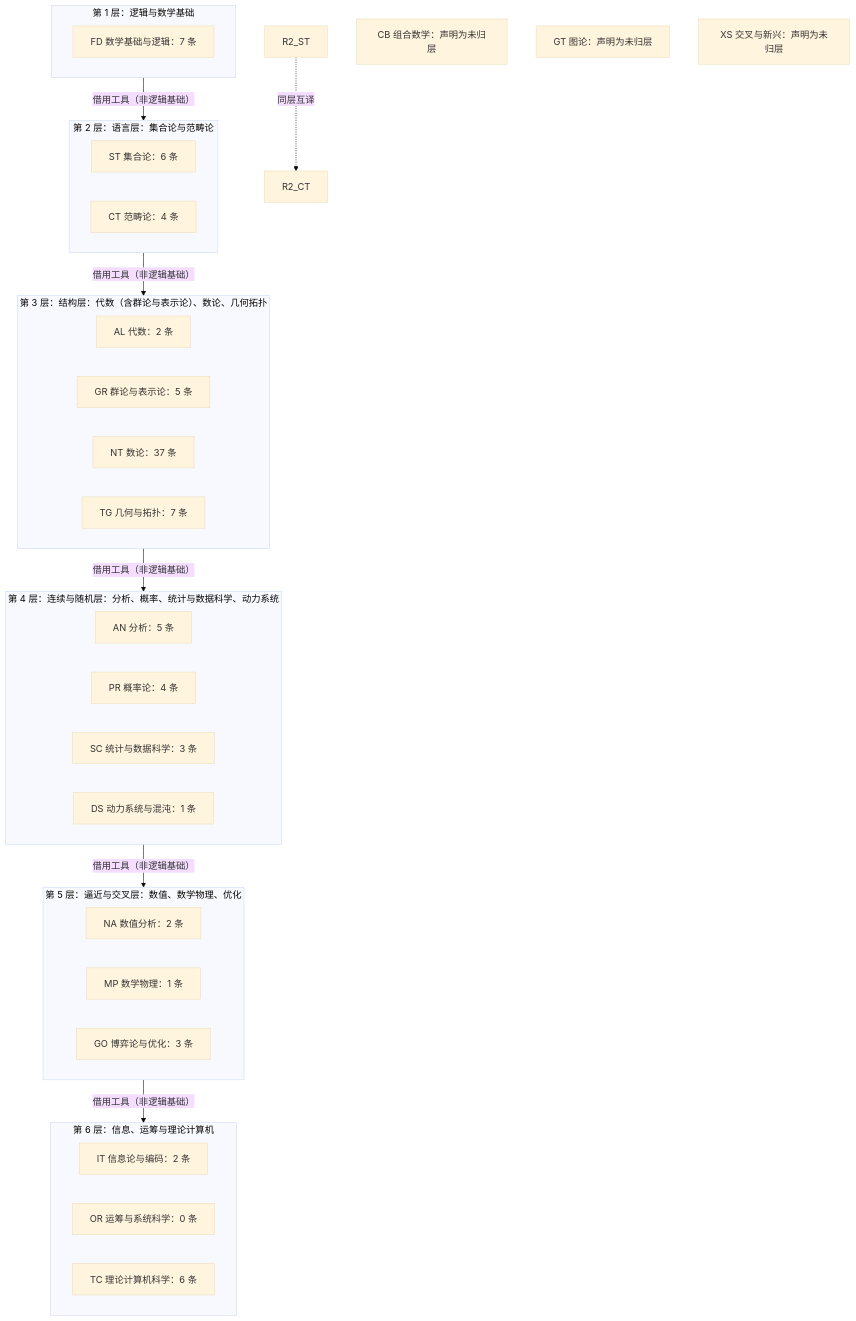
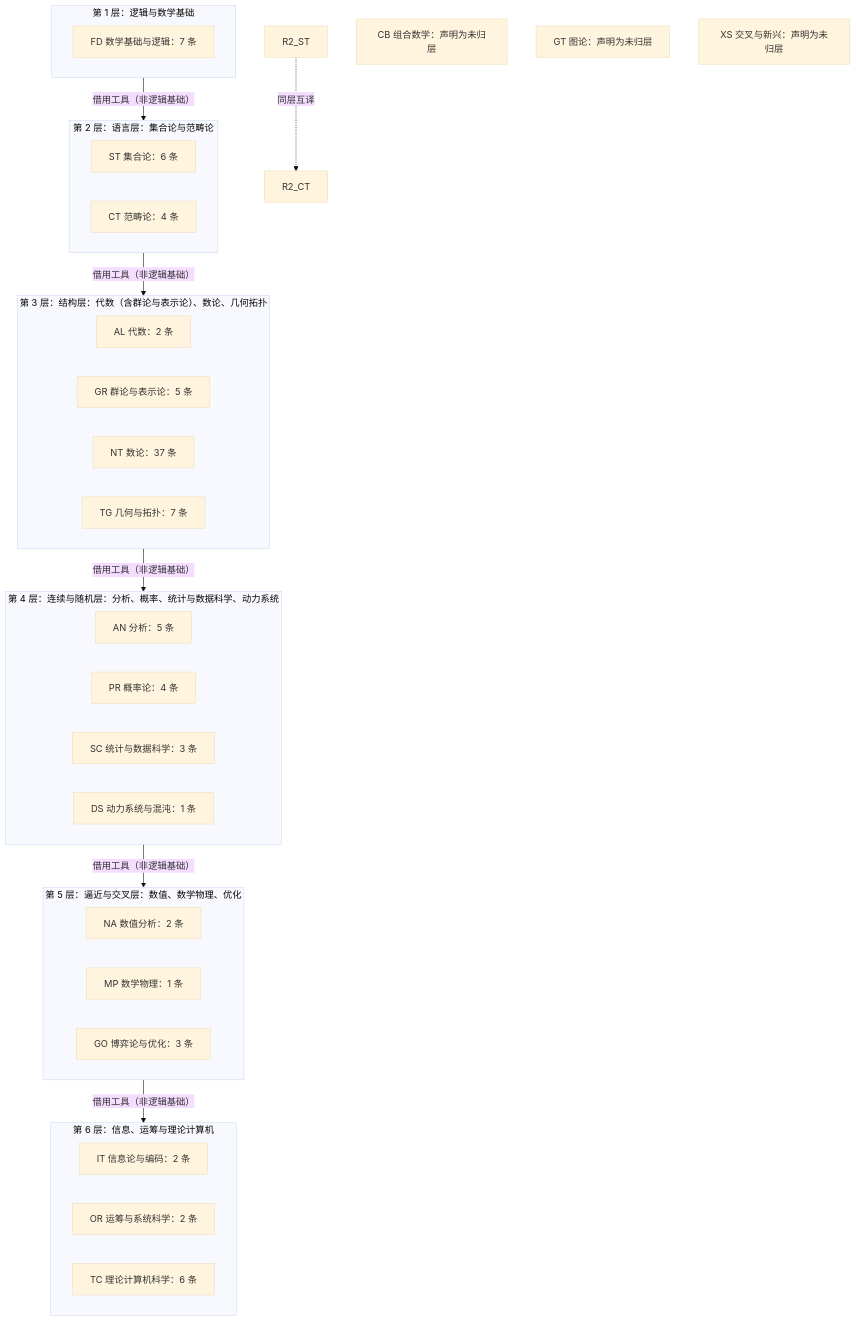
One commit to aikjx/openmath changed the second of 5 diagrams in 10-文献与索引/四层总览.md. Above: the diagram before and after it, drawn with Mermaid (base theme). The commit also changed other lines of this file and 60 other files, not shown here.

````diff
--- a/10-文献与索引/四层总览.md
+++ b/10-文献与索引/四层总览.md
@@ -176,41 +179,41 @@
 ```mermaid
 flowchart TB
   subgraph R1[第 1 层：逻辑与数学基础]
     T1_FD["FD 数学基础与逻辑：7 条"]
   end
   subgraph R2[第 2 层：语言层：集合论与范畴论]
     T2_ST["ST 集合论：6 条"]
     T2_CT["CT 范畴论：4 条"]
   end
   R1 -->|"借用工具（非逻辑基础）"| R2
   subgraph R3[第 3 层：结构层：代数（含群论与表示论）、数论、几何拓扑]
     T3_AL["AL 代数：2 条"]
     T3_GR["GR 群论与表示论：5 条"]
     T3_NT["NT 数论：37 条"]
     T3_TG["TG 几何与拓扑：7 条"]
   end
   R2 -->|"借用工具（非逻辑基础）"| R3
   subgraph R4[第 4 层：连续与随机层：分析、概率、统计与数据科学、动力系统]
     T4_AN["AN 分析：5 条"]
     T4_PR["PR 概率论：4 条"]
     T4_SC["SC 统计与数据科学：3 条"]
     T4_DS["DS 动力系统与混沌：1 条"]
   end
   R3 -->|"借用工具（非逻辑基础）"| R4
   subgraph R5[第 5 层：逼近与交叉层：数值、数学物理、优化]
     T5_NA["NA 数值分析：2 条"]
     T5_MP["MP 数学物理：1 条"]
     T5_GO["GO 博弈论与优化：3 条"]
   end
   R4 -->|"借用工具（非逻辑基础）"| R5
   subgraph R6[第 6 层：信息、运筹与理论计算机]
     T6_IT["IT 信息论与编码：2 条"]
-    T6_OR["OR 运筹与系统科学：0 条"]
+    T6_OR["OR 运筹与系统科学：2 条"]
     T6_TC["TC 理论计算机科学：6 条"]
   end
   R5 -->|"借用工具（非逻辑基础）"| R6
   R2_ST -.->|同层互译| R2_CT
   U_CB["CB 组合数学：声明为未归层"]
   U_GT["GT 图论：声明为未归层"]
   U_XS["XS 交叉与新兴：声明为未归层"]
 ```
````
